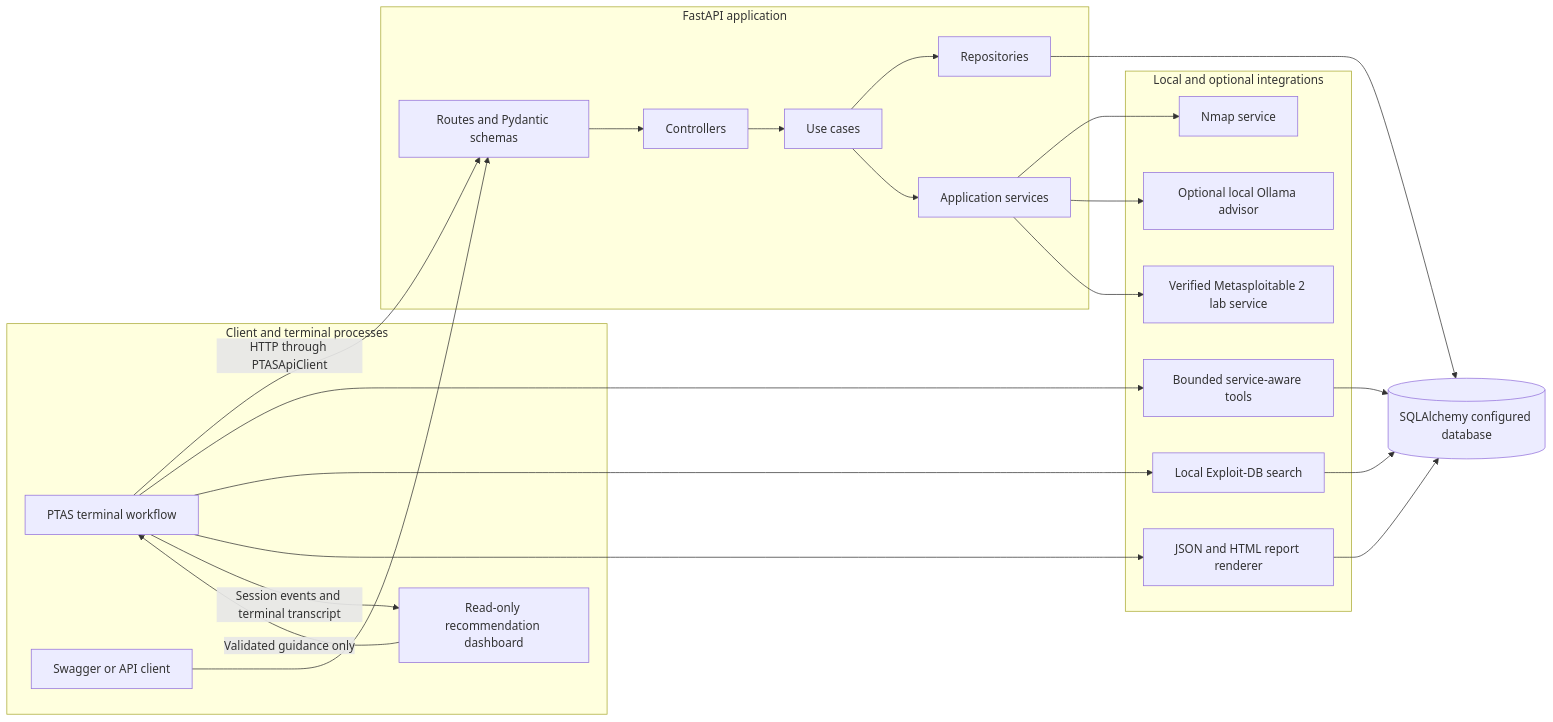
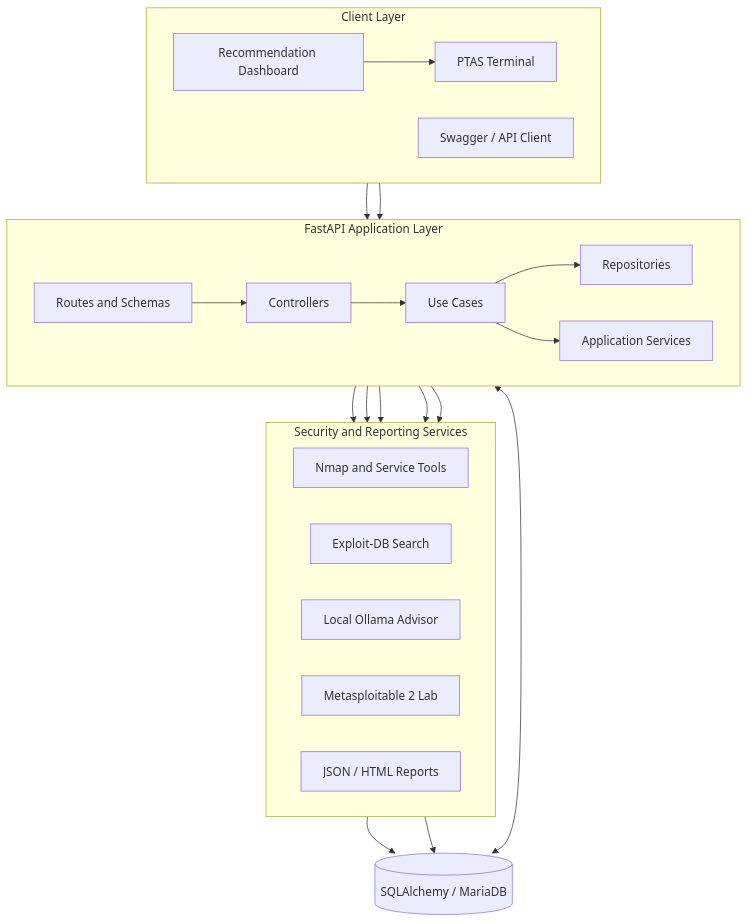
One commit to ChiragMenariyaCJ/AI-Powered-Penetration-Testing-Assist-System changed the diagram in System Architecture Flow Charts/01_Architecture/Backend_Service_Architecture.mmd. Above: the diagram before and after it, drawn with Mermaid.

Commit message:
Refactor backend service architecture diagram for improved clarity and structure

```diff
--- a/System Architecture Flow Charts/01_Architecture/Backend_Service_Architecture.mmd
+++ b/System Architecture Flow Charts/01_Architecture/Backend_Service_Architecture.mmd
@@ -1,46 +1,46 @@
-flowchart LR
-    subgraph Clients[Client and terminal processes]
-        CLI[PTAS terminal workflow]
-        DASH[Read-only recommendation dashboard]
-        API_CLIENT[Swagger or API client]
+flowchart TB
+    subgraph CLIENTS["Client Layer"]
+        direction LR
+        CLI["PTAS Terminal"]
+        DASH["Recommendation Dashboard"]
+        API_CLIENT["Swagger / API Client"]
     end
 
-    subgraph API[FastAPI application]
-        ROUTES[Routes and Pydantic schemas]
-        CONTROLLERS[Controllers]
-        USECASES[Use cases]
-        REPOSITORIES[Repositories]
-        SERVICES[Application services]
+    subgraph APPLICATION["FastAPI Application Layer"]
+        direction LR
+        ROUTES["Routes and Schemas"]
+        CONTROLLERS["Controllers"]
+        USECASES["Use Cases"]
+        REPOSITORIES["Repositories"]
+        SERVICES["Application Services"]
     end
 
-    subgraph Integrations[Local and optional integrations]
-        NMAP[Nmap service]
-        SERVICE_TOOLS[Bounded service-aware tools]
-        EXPLOITDB[Local Exploit-DB search]
-        OLLAMA[Optional local Ollama advisor]
-        LAB[Verified Metasploitable 2 lab service]
-        REPORT_RENDERER[JSON and HTML report renderer]
+    subgraph INTEGRATIONS["Security and Reporting Services"]
+        direction LR
+        SCANNING["Nmap and Service Tools"]
+        CVE["Exploit-DB Search"]
+        OLLAMA["Local Ollama Advisor"]
+        LAB["Metasploitable 2 Lab"]
+        REPORTS["JSON / HTML Reports"]
     end
 
-    DB[(SQLAlchemy configured database)]
+    DB[("SQLAlchemy / MariaDB")]
 
-    CLI -->|HTTP through PTASApiClient| ROUTES
+    CLI --> ROUTES
     API_CLIENT --> ROUTES
+    DASH --> CLI
+
     ROUTES --> CONTROLLERS
     CONTROLLERS --> USECASES
     USECASES --> REPOSITORIES
-    REPOSITORIES --> DB
     USECASES --> SERVICES
+    REPOSITORIES <--> DB
 
-    SERVICES --> NMAP
+    SERVICES --> SCANNING
+    SERVICES --> CVE
     SERVICES --> OLLAMA
     SERVICES --> LAB
-    CLI --> SERVICE_TOOLS
-    CLI --> EXPLOITDB
-    CLI --> REPORT_RENDERER
-    SERVICE_TOOLS --> DB
-    EXPLOITDB --> DB
-    REPORT_RENDERER --> DB
+    SERVICES --> REPORTS
 
-    CLI -->|Session events and terminal transcript| DASH
-    DASH -->|Validated guidance only| CLI
+    SCANNING --> DB
+    REPORTS --> DB
```
